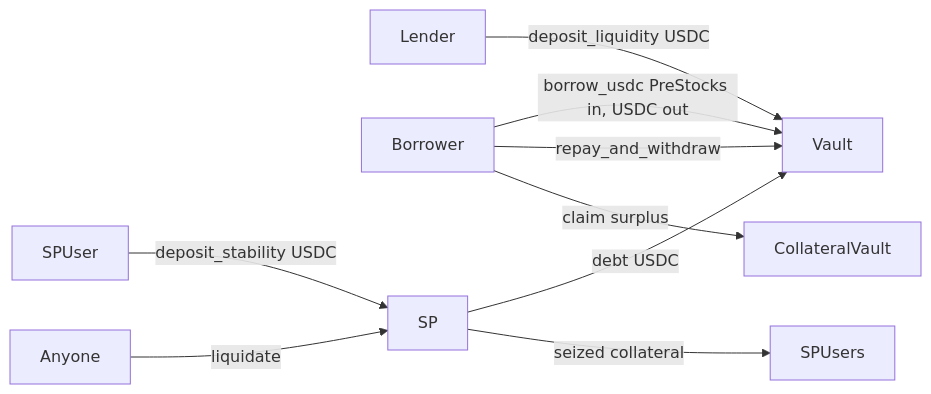
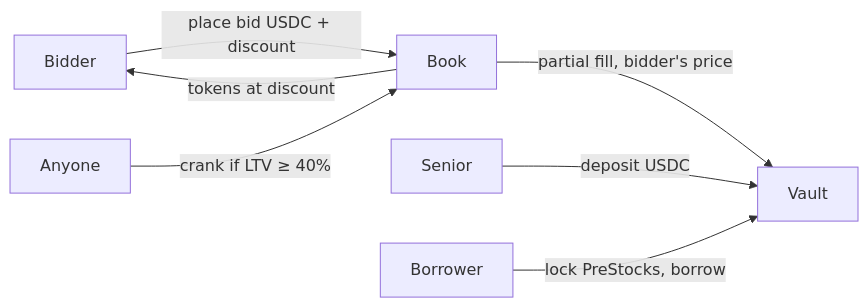
The diagram in ARCHITECTURE.md (tafonina/catch), drawn with Mermaid before and after one commit. The commit also changed other lines of this file and 18 other files, not shown here.

````diff
--- a/ARCHITECTURE.md
+++ b/ARCHITECTURE.md
@@ -16,11 +12,9 @@
 ```mermaid
 flowchart LR
-  Lender -->|"deposit_liquidity USDC"| Vault
-  Borrower -->|"borrow_usdc PreStocks in, USDC out"| Vault
-  Borrower -->|"repay_and_withdraw"| Vault
-  SPUser -->|"deposit_stability USDC"| SP
-  Anyone -->|"liquidate"| SP
-  SP -->|"debt USDC"| Vault
-  SP -->|"seized collateral"| SPUsers
-  Borrower -->|"claim surplus"| CollateralVault
+  Bidder -->|"place bid USDC + discount"| Book
+  Senior -->|"deposit USDC"| Vault
+  Borrower -->|"lock PreStocks, borrow"| Vault
+  Anyone -->|"crank if LTV ≥ 40%"| Book
+  Book -->|"partial fill, bidder's price"| Vault
+  Book -->|"tokens at discount"| Bidder
 ```
````
